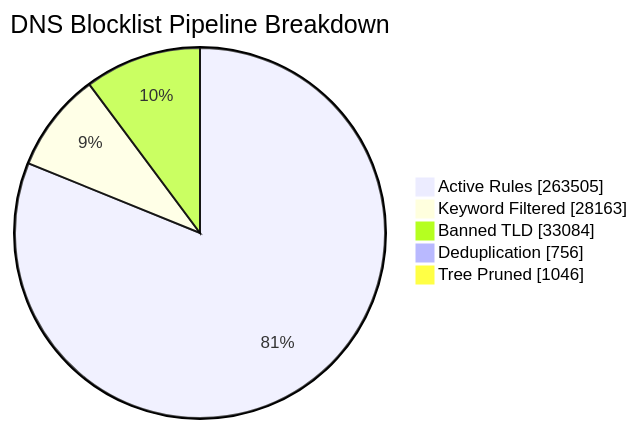
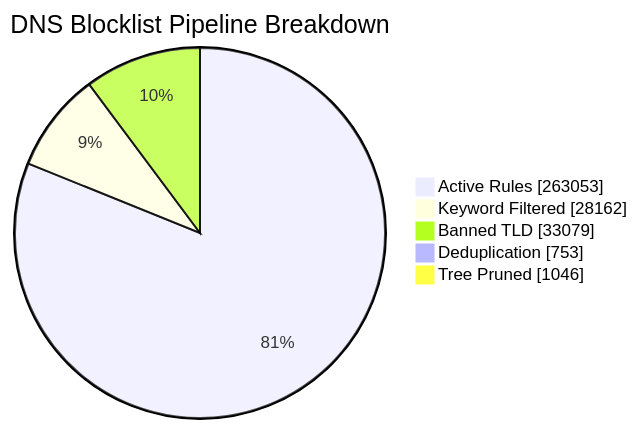
The first of 6 diagrams in README_STATS.md (brojangles24/Cloudflare-ZeroTrust-AdBlock), drawn with Mermaid before and after one commit. The commit also changed other lines of this file and 1 other file, not shown here.

````diff
--- a/README_STATS.md
+++ b/README_STATS.md
@@ -41,8 +41,8 @@
 ```mermaid
 pie showData title DNS Blocklist Pipeline Breakdown
-    "Active Rules"     : 263505
-    "Keyword Filtered" : 28163
-    "Banned TLD"       : 33084
-    "Deduplication"    : 756
+    "Active Rules"     : 263053
+    "Keyword Filtered" : 28162
+    "Banned TLD"       : 33079
+    "Deduplication"    : 753
     "Tree Pruned"      : 1046
 ```
````
